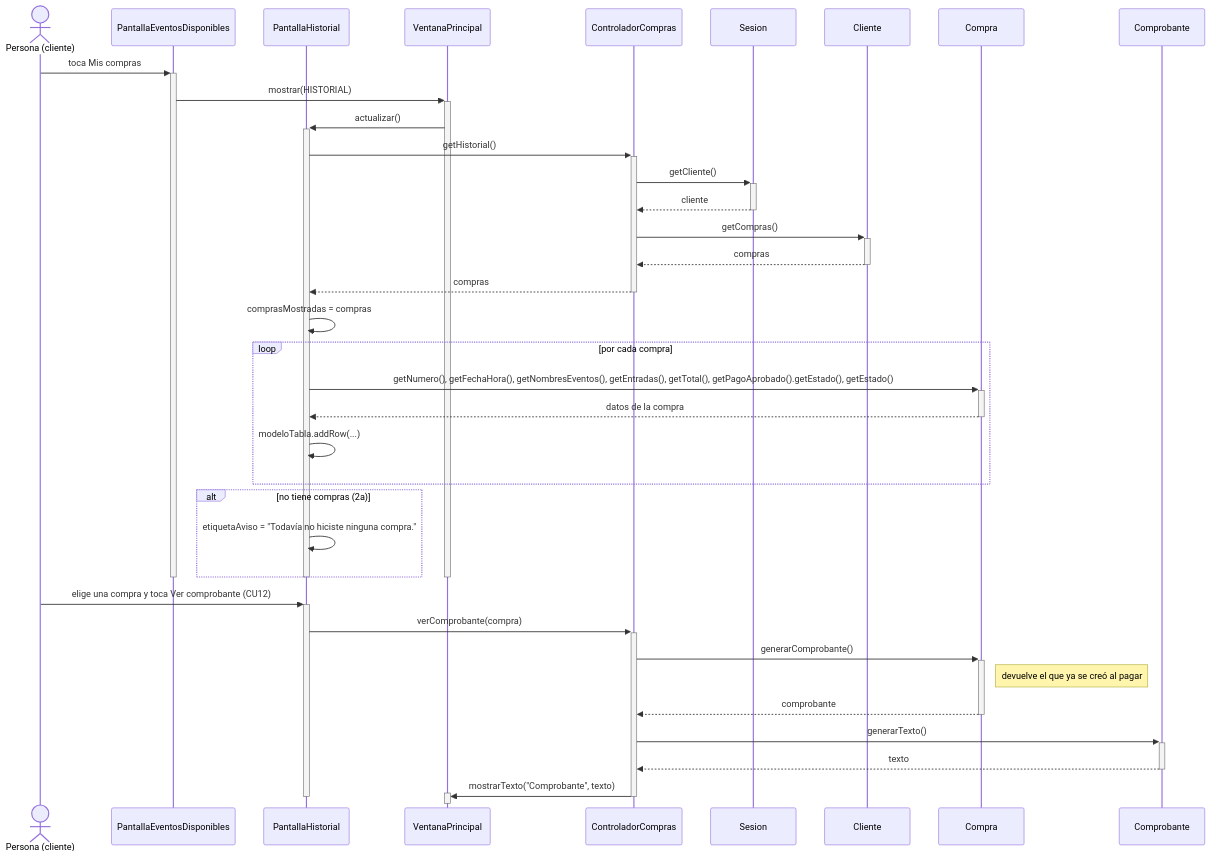
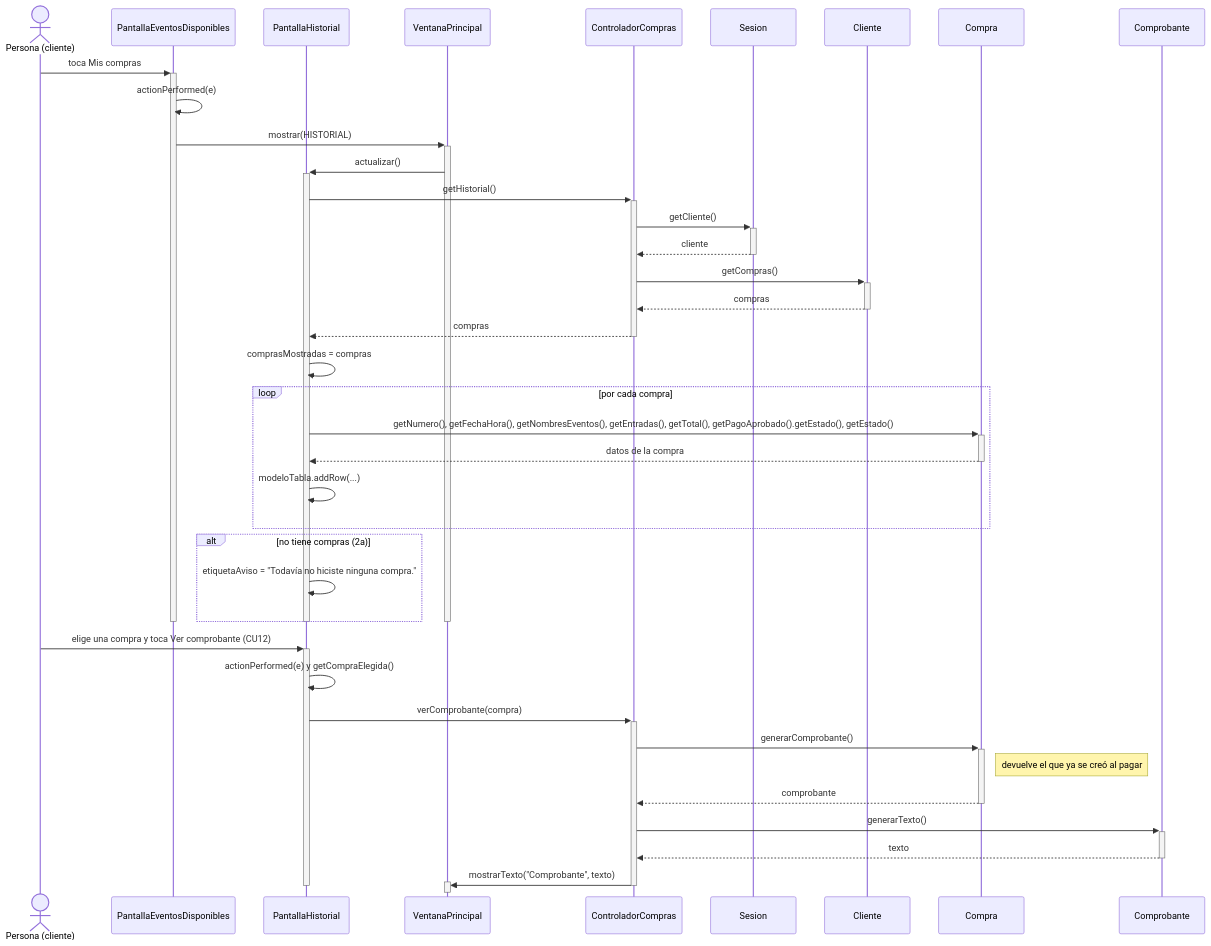
One commit to AgustinSimonenco/gestion-eventos-musicales changed the diagram in docs/diseno/secuencias/CU13-consultar-historial.md. Above: the diagram before and after it, drawn with Mermaid. The commit also changed 11 other files, not shown here.

First line of the commit message:
Diagramas: cruce completo con el codigo y correcciones

````diff
--- a/docs/diseno/secuencias/CU13-consultar-historial.md
+++ b/docs/diseno/secuencias/CU13-consultar-historial.md
@@ -9,46 +9,48 @@
 ```mermaid
 sequenceDiagram
     actor U as Persona (cliente)
     participant PE as PantallaEventosDisponibles
     participant P as PantallaHistorial
     participant V as VentanaPrincipal
     participant C as ControladorCompras
     participant S as Sesion
     participant Cl as Cliente
     participant Co as Compra
     participant Cb as Comprobante
 
     U->>+PE: toca Mis compras
+    PE->>PE: actionPerformed(e)
     PE->>+V: mostrar(HISTORIAL)
     V->>+P: actualizar()
     P->>+C: getHistorial()
     C->>+S: getCliente()
     S-->>-C: cliente
     C->>+Cl: getCompras()
     Cl-->>-C: compras
     C-->>-P: compras
     P->>P: comprasMostradas = compras
     loop por cada compra
         P->>+Co: getNumero(), getFechaHora(), getNombresEventos(), getEntradas(), getTotal(), getPagoAprobado().getEstado(), getEstado()
         Co-->>-P: datos de la compra
         P->>P: modeloTabla.addRow(...)
     end
     alt no tiene compras (2a)
         P->>P: etiquetaAviso = "Todavía no hiciste ninguna compra."
     end
     deactivate P
     deactivate V
     deactivate PE
 
     U->>+P: elige una compra y toca Ver comprobante (CU12)
+    P->>P: actionPerformed(e) y getCompraElegida()
     P->>+C: verComprobante(compra)
     C->>+Co: generarComprobante()
     Note right of Co: devuelve el que ya se creó al pagar
     Co-->>-C: comprobante
     C->>+Cb: generarTexto()
     Cb-->>-C: texto
     C->>+V: mostrarTexto("Comprobante", texto)
     deactivate V
     deactivate C
     deactivate P
 ```
````
